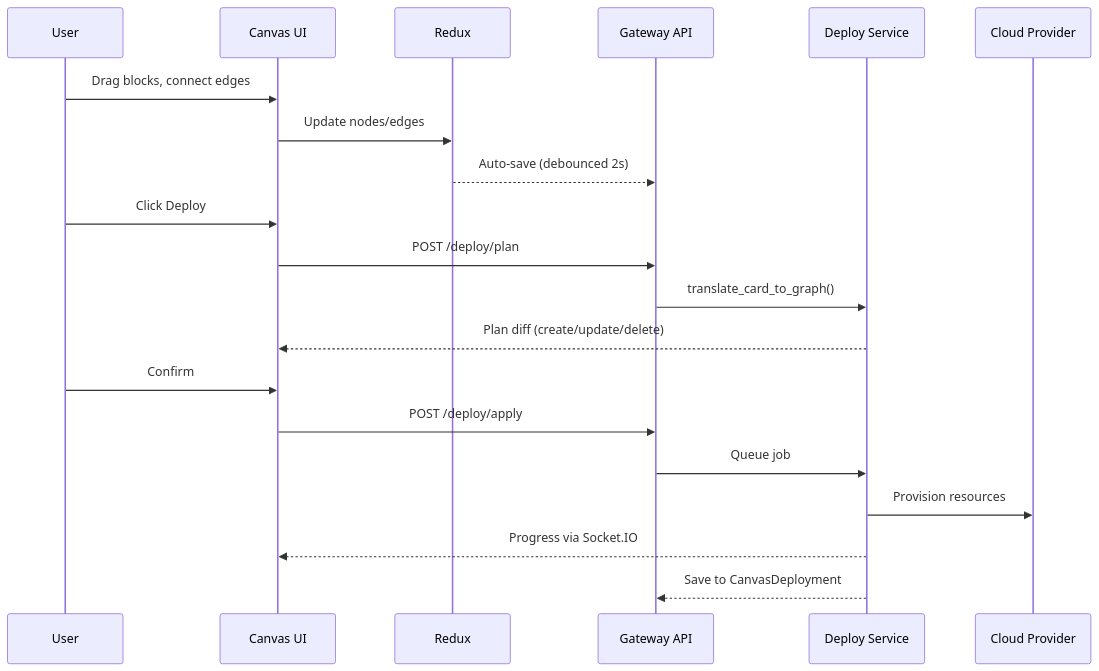
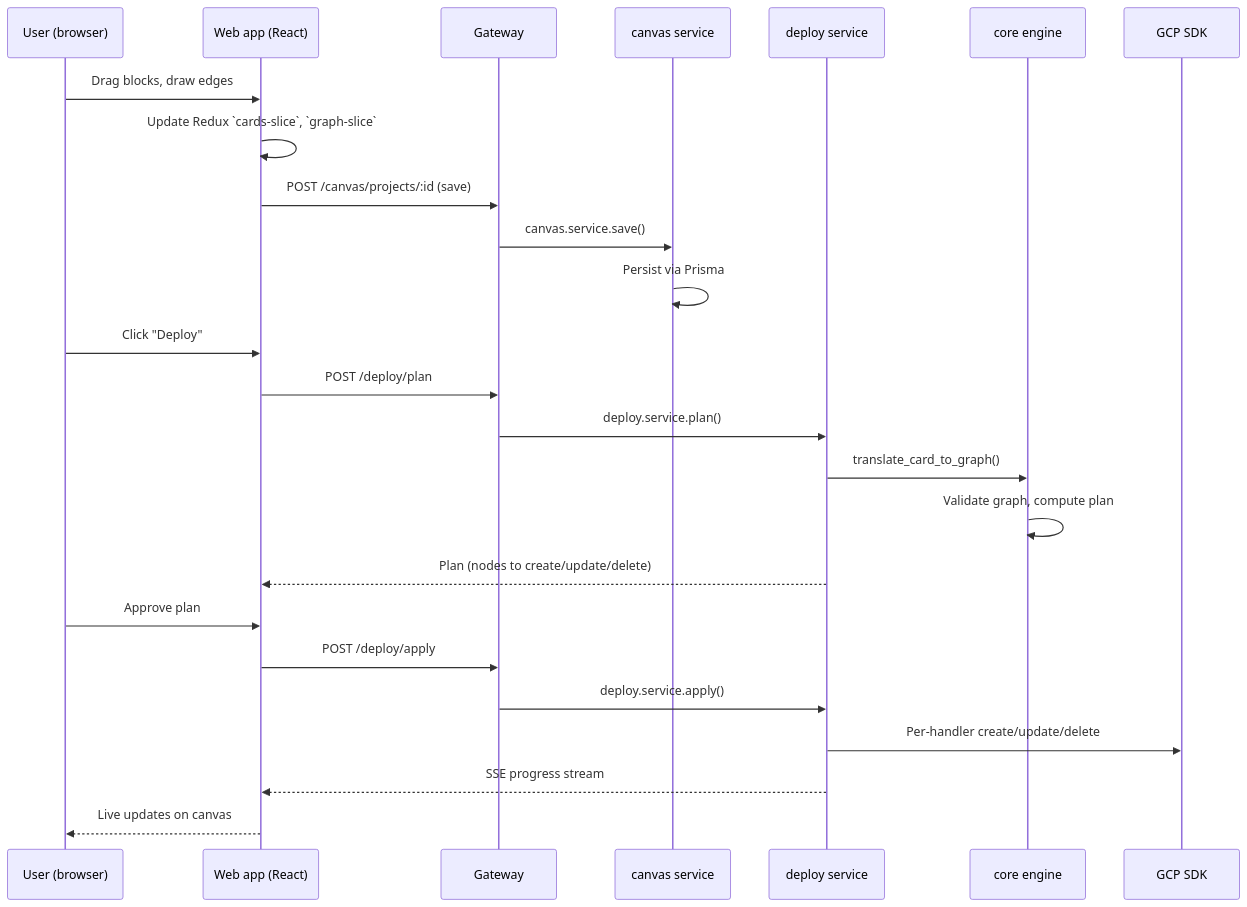
The second of 3 diagrams in docs/architecture.md (light-cloud-com/ice), drawn with Mermaid before and after one commit. The commit also changed other lines of this file and 2153 other files, not shown here.

````diff
--- a/docs/architecture.md
+++ b/docs/architecture.md
@@ -112,23 +75,28 @@
 ```mermaid
 sequenceDiagram
-    participant User
-    participant Canvas as Canvas UI
-    participant Redux
-    participant API as Gateway API
-    participant Deploy as Deploy Service
-    participant Cloud as Cloud Provider
+    participant U as User (browser)
+    participant W as Web app (React)
+    participant G as Gateway
+    participant C as canvas service
+    participant D as deploy service
+    participant Core as core engine
+    participant GCP as GCP SDK
 
-    User->>Canvas: Drag blocks, connect edges
-    Canvas->>Redux: Update nodes/edges
-    Redux-->>API: Auto-save (debounced 2s)
-    User->>Canvas: Click Deploy
-    Canvas->>API: POST /deploy/plan
-    API->>Deploy: translate_card_to_graph()
-    Deploy-->>Canvas: Plan diff (create/update/delete)
-    User->>Canvas: Confirm
-    Canvas->>API: POST /deploy/apply
-    API->>Deploy: Queue job
-    Deploy->>Cloud: Provision resources
-    Deploy-->>Canvas: Progress via Socket.IO
-    Deploy-->>API: Save to CanvasDeployment
+    U->>W: Drag blocks, draw edges
+    W->>W: Update Redux `cards-slice`, `graph-slice`
+    W->>G: POST /canvas/projects/:id (save)
+    G->>C: canvas.service.save()
+    C->>C: Persist via Prisma
+    U->>W: Click "Deploy"
+    W->>G: POST /deploy/plan
+    G->>D: deploy.service.plan()
+    D->>Core: translate_card_to_graph()
+    Core->>Core: Validate graph, compute plan
+    D-->>W: Plan (nodes to create/update/delete)
+    U->>W: Approve plan
+    W->>G: POST /deploy/apply
+    G->>D: deploy.service.apply()
+    D->>GCP: Per-handler create/update/delete
+    D-->>W: SSE progress stream
+    W-->>U: Live updates on canvas
 ```
````
